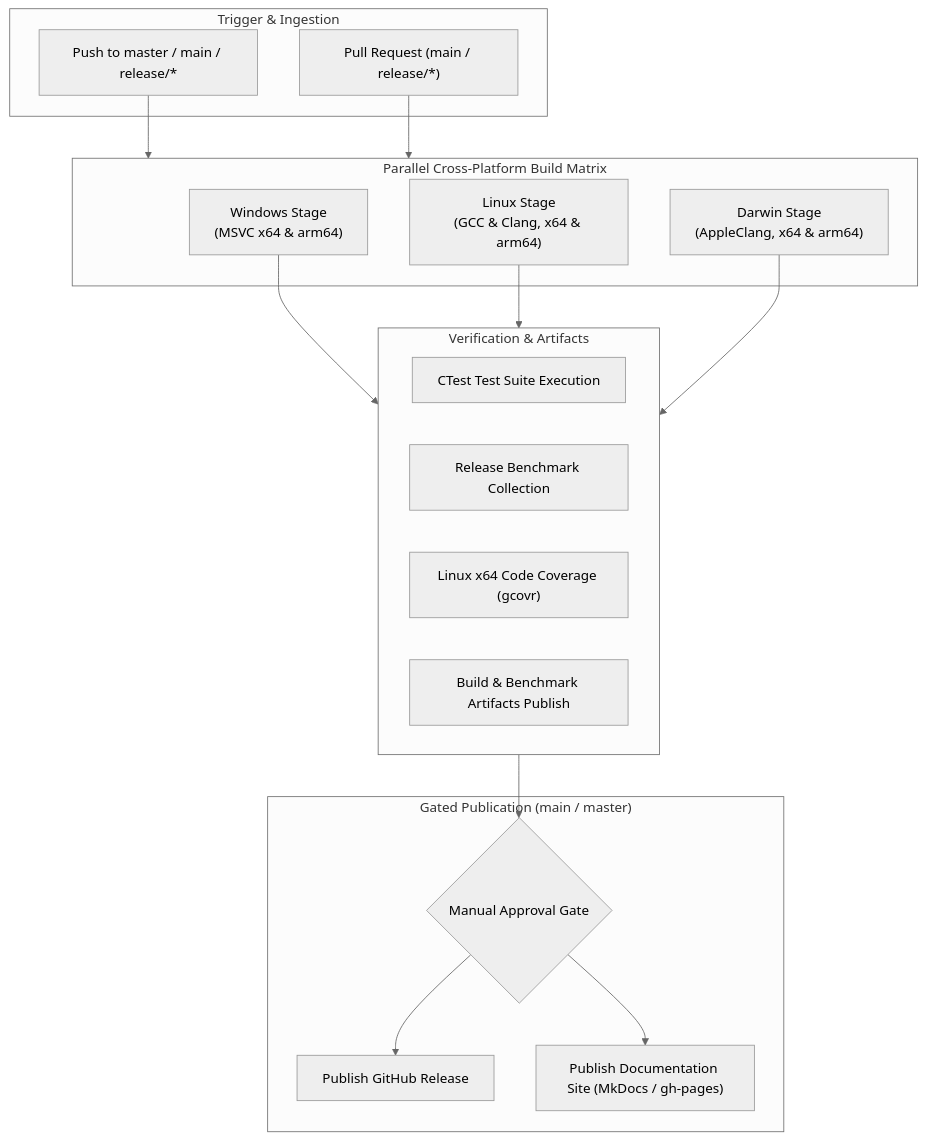
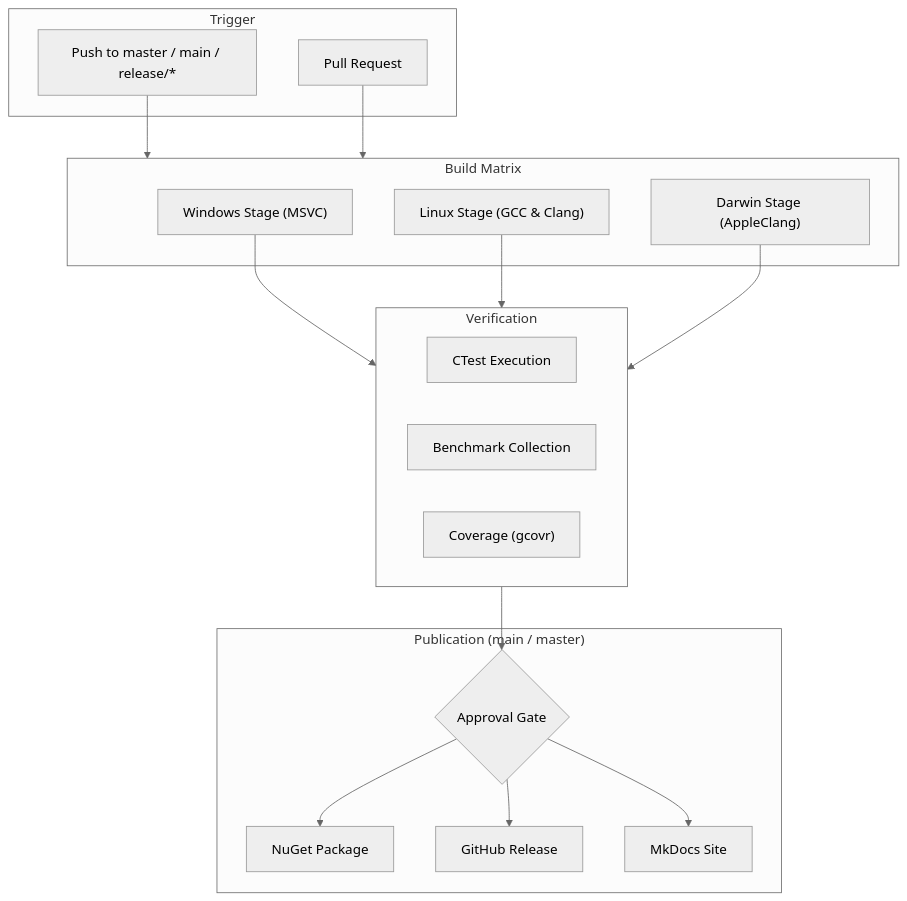
Before and after one commit to SiddiqSoft/sip2json: the first of 3 diagrams in docs/maintainers/pipelines.md, drawn with Mermaid (neutral theme). The commit also changed other lines of this file and 5 other files, not shown here.

````diff
--- a/docs/maintainers/pipelines.md
+++ b/docs/maintainers/pipelines.md
@@ -11,35 +11,36 @@
 ```mermaid
 flowchart TD
-    subgraph Triggers["Trigger & Ingestion"]
+    subgraph Triggers["Trigger"]
         T1["Push to master / main / release/*"]
-        T2["Pull Request (main / release/*)"]
+        T2["Pull Request"]
     end
 
-    subgraph Matrix["Parallel Cross-Platform Build Matrix"]
-        W["Windows Stage<br/>(MSVC x64 & arm64)"]
-        L["Linux Stage<br/>(GCC & Clang, x64 & arm64)"]
-        D["Darwin Stage<br/>(AppleClang, x64 & arm64)"]
+    subgraph Matrix["Build Matrix"]
+        W["Windows Stage (MSVC)"]
+        L["Linux Stage (GCC & Clang)"]
+        D["Darwin Stage (AppleClang)"]
     end
 
-    subgraph Verification["Verification & Artifacts"]
-        V1["CTest Test Suite Execution"]
-        V2["Release Benchmark Collection"]
-        V3["Linux x64 Code Coverage (gcovr)"]
-        V4["Build & Benchmark Artifacts Publish"]
+    subgraph Verification["Verification"]
+        V1["CTest Execution"]
+        V2["Benchmark Collection"]
+        V3["Coverage (gcovr)"]
     end
 
-    subgraph Publish["Gated Publication (main / master)"]
-        G1{"Manual Approval Gate"}
-        P1["Publish GitHub Release"]
-        P2["Publish Documentation Site (MkDocs / gh-pages)"]
+    subgraph Publish["Publication (main / master)"]
+        G1{"Approval Gate"}
+        P0["NuGet Package"]
+        P1["GitHub Release"]
+        P2["MkDocs Site"]
     end
 
     T1 --> Matrix
     T2 --> Matrix
     W --> Verification
     L --> Verification
     D --> Verification
     Verification --> G1
+    G1 --> P0
     G1 --> P1
     G1 --> P2
 ```
````
